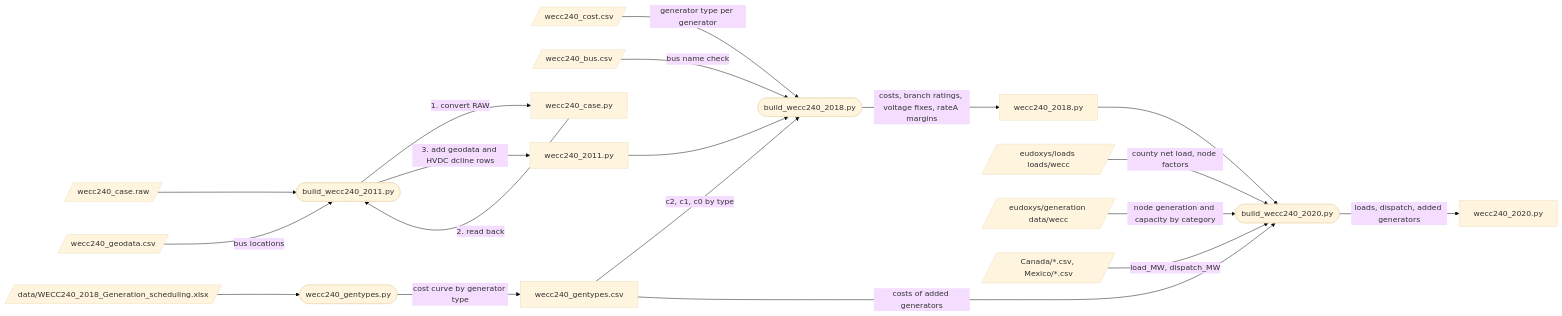
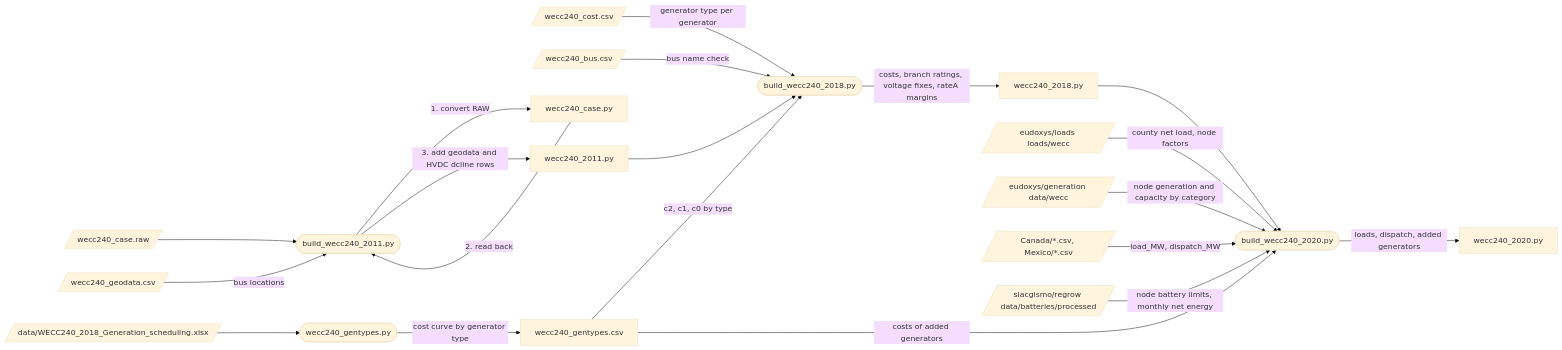
One commit to eudoxys/wecc240 changed the diagram in wecc240/README.md. Above: the diagram before and after it, drawn with Mermaid (base theme). The commit also changed other lines of this file and 7 other files, not shown here.

First line of the commit message:
Use slacgismo/regrow battery data for 2020 battery storage

````diff
--- a/wecc240/README.md
+++ b/wecc240/README.md
@@ -99,45 +107,46 @@
 ```mermaid
 flowchart LR
     raw[/wecc240_case.raw/]
     geo[/wecc240_geodata.csv/]
     xlsx[/"data/WECC240_2018_Generation_scheduling.xlsx"/]
     cost[/wecc240_cost.csv/]
     bus[/wecc240_bus.csv/]
 
     b2011([build_wecc240_2011.py])
     gt([wecc240_gentypes.py])
     b2018([build_wecc240_2018.py])
 
     case[wecc240_case.py]
     c2011[wecc240_2011.py]
     types[wecc240_gentypes.csv]
     c2018[wecc240_2018.py]
 
     raw --> b2011
     b2011 -- "1. convert RAW" --> case
     case -- "2. read back" --> b2011
     geo -- "bus locations" --> b2011
     b2011 -- "3. add geodata and HVDC dcline rows" --> c2011
 
     xlsx --> gt
     gt -- "cost curve by generator type" --> types
 
     c2011 --> b2018
     types -- "c2, c1, c0 by type" --> b2018
     cost -- "generator type per generator" --> b2018
     bus -- "bus name check" --> b2018
     b2018 -- "costs, branch ratings, voltage fixes, rateA margins" --> c2018
 
     loads[/"eudoxys/loads loads/wecc"/]
     gendata[/"eudoxys/generation data/wecc"/]
     foreign[/"Canada/*.csv, Mexico/*.csv"/]
     b2020([build_wecc240_2020.py])
     c2020[wecc240_2020.py]
 
     c2018 --> b2020
     loads -- "county net load, node factors" --> b2020
     gendata -- "node generation and capacity by category" --> b2020
     foreign -- "load_MW, dispatch_MW" --> b2020
     types -- "costs of added generators" --> b2020
+    batteries[/"slacgismo/regrow data/batteries/processed"/] -- "node battery limits, monthly net energy" --> b2020
     b2020 -- "loads, dispatch, added generators" --> c2020
 ```
````
